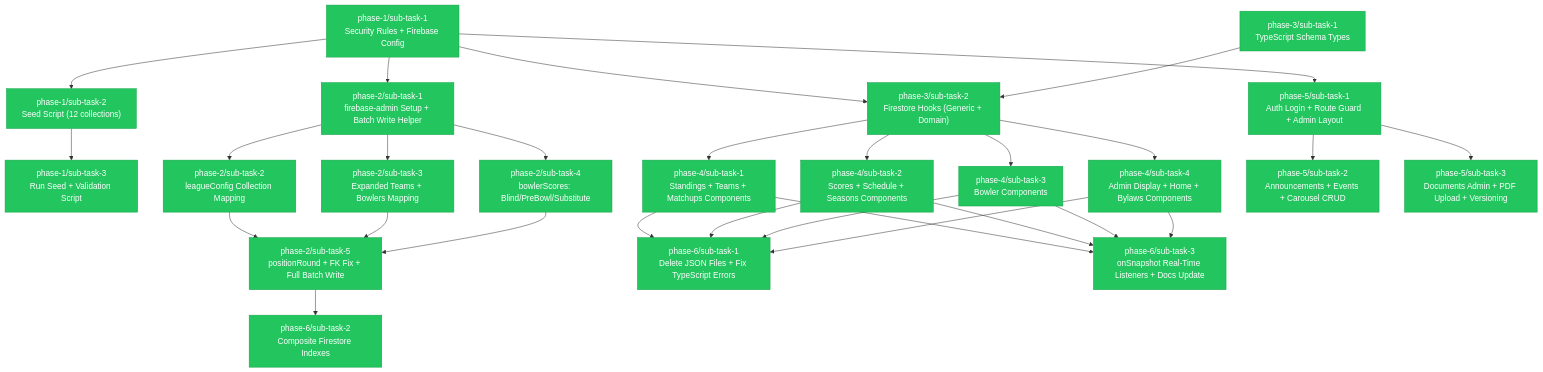
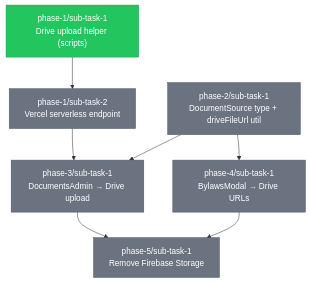
The diagram in .claude/tasks/TASKS.md (Bagwell-Oil-Imaging/late-night-happy-hour-league-site), drawn with Mermaid before and after one commit. The commit also changed other lines of this file, not shown here.

Commit message:
docs(phase-1/task-1): update TASKS.md — mark sub-task-1 complete

````diff
--- a/.claude/tasks/TASKS.md
+++ b/.claude/tasks/TASKS.md
@@ -17,65 +18,28 @@
 ```mermaid
 graph TD
-    %% Phase 1: Firebase Foundation
-    P1S1["phase-1/sub-task-1<br/>Security Rules + Firebase Config"]
-    P1S2["phase-1/sub-task-2<br/>Seed Script (12 collections)"]
-    P1S3["phase-1/sub-task-3<br/>Run Seed + Validation Script"]
+    %% Phase 1: Infrastructure
+    P1T1["phase-1/sub-task-1<br/>Drive upload helper (scripts)"]
+    P1T2["phase-1/sub-task-2<br/>Vercel serverless endpoint"]
 
-    %% Phase 2: Transform Script Rework
-    P2S1["phase-2/sub-task-1<br/>firebase-admin Setup + Batch Write Helper"]
-    P2S2["phase-2/sub-task-2<br/>leagueConfig Collection Mapping"]
-    P2S3["phase-2/sub-task-3<br/>Expanded Teams + Bowlers Mapping"]
-    P2S4["phase-2/sub-task-4<br/>bowlerScores: Blind/PreBowl/Substitute"]
-    P2S5["phase-2/sub-task-5<br/>positionRound + FK Fix + Full Batch Write"]
+    %% Phase 2: Types & Utilities
+    P2T1["phase-2/sub-task-1<br/>DocumentSource type + driveFileUrl util"]
 
-    %% Phase 3: React Foundation
-    P3S1["phase-3/sub-task-1<br/>TypeScript Schema Types"]
-    P3S2["phase-3/sub-task-2<br/>Firestore Hooks (Generic + Domain)"]
+    %% Phase 3: Admin UI
+    P3T1["phase-3/sub-task-1<br/>DocumentsAdmin → Drive upload"]
 
-    %% Phase 4: Component Migration
-    P4S1["phase-4/sub-task-1<br/>Standings + Teams + Matchups Components"]
-    P4S2["phase-4/sub-task-2<br/>Scores + Schedule + Seasons Components"]
-    P4S3["phase-4/sub-task-3<br/>Bowler Components"]
-    P4S4["phase-4/sub-task-4<br/>Admin Display + Home + Bylaws Components"]
+    %% Phase 4: Frontend
+    P4T1["phase-4/sub-task-1<br/>BylawsModal → Drive URLs"]
 
-    %% Phase 5: Admin CRUD UI
-    P5S1["phase-5/sub-task-1<br/>Auth Login + Route Guard + Admin Layout"]
-    P5S2["phase-5/sub-task-2<br/>Announcements + Events + Carousel CRUD"]
-    P5S3["phase-5/sub-task-3<br/>Documents Admin + PDF Upload + Versioning"]
-
-    %% Phase 6: Cleanup & Optimization
-    P6S1["phase-6/sub-task-1<br/>Delete JSON Files + Fix TypeScript Errors"]
-    P6S2["phase-6/sub-task-2<br/>Composite Firestore Indexes"]
-    P6S3["phase-6/sub-task-3<br/>onSnapshot Real-Time Listeners + Docs Update"]
+    %% Phase 5: Cleanup
+    P5T1["phase-5/sub-task-1<br/>Remove Firebase Storage"]
 
     %% Dependencies
-    P1S1 --> P1S2
-    P1S2 --> P1S3
-    P1S1 --> P2S1
-    P1S1 --> P3S2
-    P1S1 --> P5S1
-    P2S1 --> P2S2
-    P2S1 --> P2S3
-    P2S1 --> P2S4
-    P2S2 --> P2S5
-    P2S3 --> P2S5
-    P2S4 --> P2S5
-    P3S1 --> P3S2
-    P3S2 --> P4S1
-    P3S2 --> P4S2
-    P3S2 --> P4S3
-    P3S2 --> P4S4
-    P5S1 --> P5S2
-    P5S1 --> P5S3
-    P4S1 --> P6S1
-    P4S2 --> P6S1
-    P4S3 --> P6S1
-    P4S4 --> P6S1
-    P2S5 --> P6S2
-    P4S1 --> P6S3
-    P4S2 --> P6S3
-    P4S3 --> P6S3
-    P4S4 --> P6S3
+    P1T1 --> P1T2
+    P1T2 --> P3T1
+    P2T1 --> P3T1
+    P2T1 --> P4T1
+    P3T1 --> P5T1
+    P4T1 --> P5T1
 
     %% Status styling
     classDef completed fill:#22c55e,stroke:#16a34a,color:#fff
@@ -84,24 +48,10 @@
     classDef blocked fill:#ef4444,stroke:#dc2626,color:#fff
 
     %% Apply status classes
-    class P1S1 completed
-    class P1S2 completed
-    class P1S3 completed
-    class P2S1 completed
-    class P2S2 completed
-    class P2S3 completed
-    class P2S4 completed
-    class P2S5 completed
-    class P3S1 completed
-    class P3S2 completed
-    class P4S1 completed
-    class P4S2 completed
-    class P4S3 completed
-    class P4S4 completed
-    class P5S1 completed
-    class P5S2 completed
-    class P5S3 completed
-    class P6S1 completed
-    class P6S2 completed
-    class P6S3 completed
+    class P1T1 completed
+    class P1T2 pending
+    class P2T1 pending
+    class P3T1 pending
+    class P4T1 pending
+    class P5T1 pending
 ```
````
